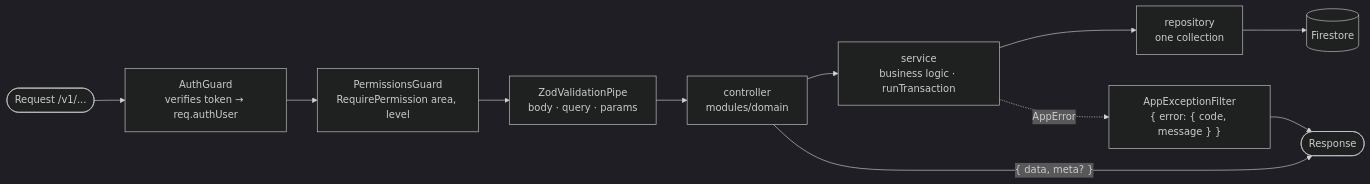
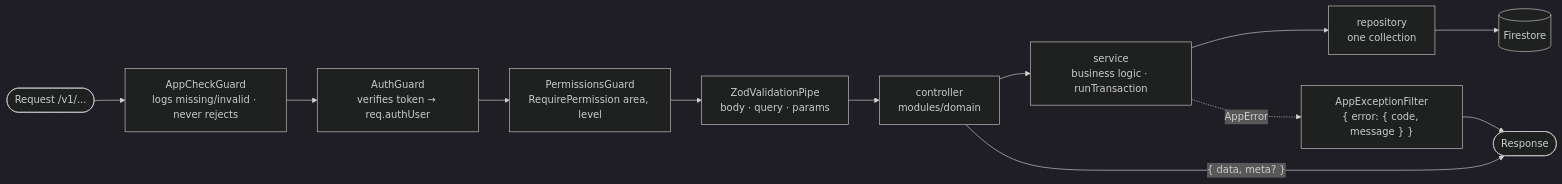
Before and after one commit to dev-jyv/backend-farma-jyv: the second of 2 diagrams in CLAUDE.md, drawn with Mermaid (dark theme). The commit also changed other lines of this file and 11 other files, not shown here.

First line of the commit message:
feat(app-check): guard de App Check en modo registro (SPEC 41)

````diff
--- a/CLAUDE.md
+++ b/CLAUDE.md
@@ -119,13 +119,14 @@
 ```mermaid
 flowchart LR
-    req([Request /v1/...]) --> g1["AuthGuard<br/>verifies token → req.authUser"]
+    req([Request /v1/...]) --> g0["AppCheckGuard<br/>logs missing/invalid · never rejects"]
+    g0 --> g1["AuthGuard<br/>verifies token → req.authUser"]
     g1 --> g2["PermissionsGuard<br/>RequirePermission area, level"]
     g2 --> pipe["ZodValidationPipe<br/>body · query · params"]
     pipe --> ctrl["controller<br/>modules/domain"]
     ctrl --> svc["service<br/>business logic · runTransaction"]
     svc --> repo["repository<br/>one collection"]
     repo --> fs[("Firestore")]
     ctrl -- "{ data, meta? }" --> res([Response])
     svc -. "AppError" .-> filt["AppExceptionFilter<br/>{ error: { code, message } }"]
     filt --> res
 ```
````
